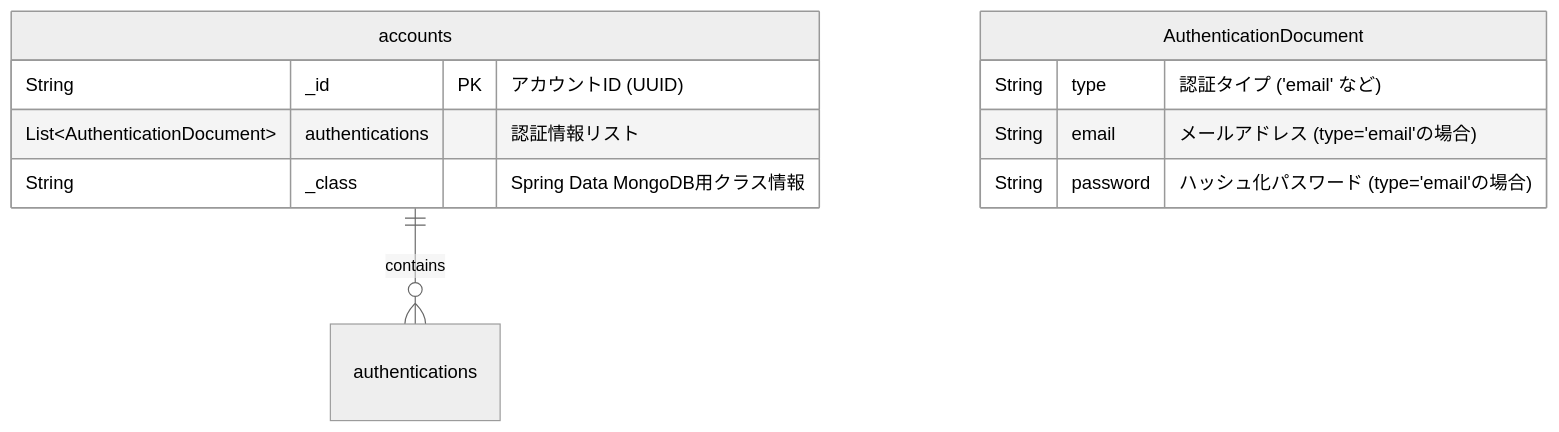
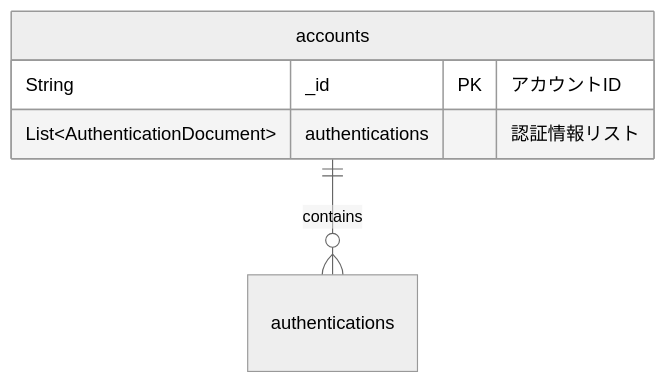
The first of 2 diagrams in .roo/rules/09_DATABASE.md (char5742/ecsite-sample-spring), drawn with Mermaid (neutral theme) before and after one commit. The commit also changed other lines of this file and 15 other files, not shown here.

````diff
--- a/.roo/rules/09_DATABASE.md
+++ b/.roo/rules/09_DATABASE.md
@@ -20,16 +16,8 @@
 ```mermaid
 erDiagram
     accounts {
-        String _id PK "アカウントID (UUID)"
+        String _id PK "アカウントID"
         List~AuthenticationDocument~ authentications "認証情報リスト"
-        String _class "Spring Data MongoDB用クラス情報"
     }
-
-    AuthenticationDocument {
-        String type "認証タイプ ('email' など)"
-        String email "メールアドレス (type='email'の場合)"
-        String password "ハッシュ化パスワード (type='email'の場合)"
-    }
-
     accounts ||--o{ authentications : contains
 ```
````
